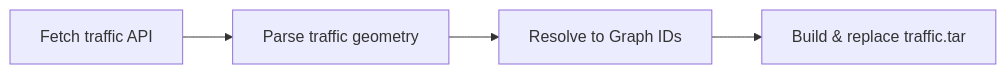
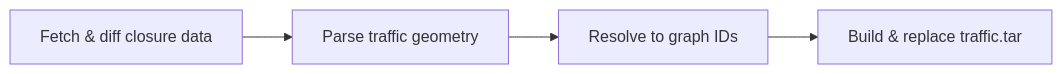
One commit to VictorYanson/gsocApplication changed the second of 2 diagrams in gsoc-application-victor-yanson-2026.md. Above: the diagram before and after it, drawn with Mermaid. The commit also changed other lines of this file, not shown here.

````diff
--- a/gsoc-application-victor-yanson-2026.md
+++ b/gsoc-application-victor-yanson-2026.md
@@ -157,7 +157,7 @@
 ```mermaid
 flowchart LR
-		B[Fetch traffic API]
+    B[Fetch & diff closure data]
     B --> C[Parse traffic geometry]
-    C --> D[Resolve to Graph IDs]
+    C --> D[Resolve to graph IDs]
     D --> E[Build & replace traffic.tar]
 ```
````
